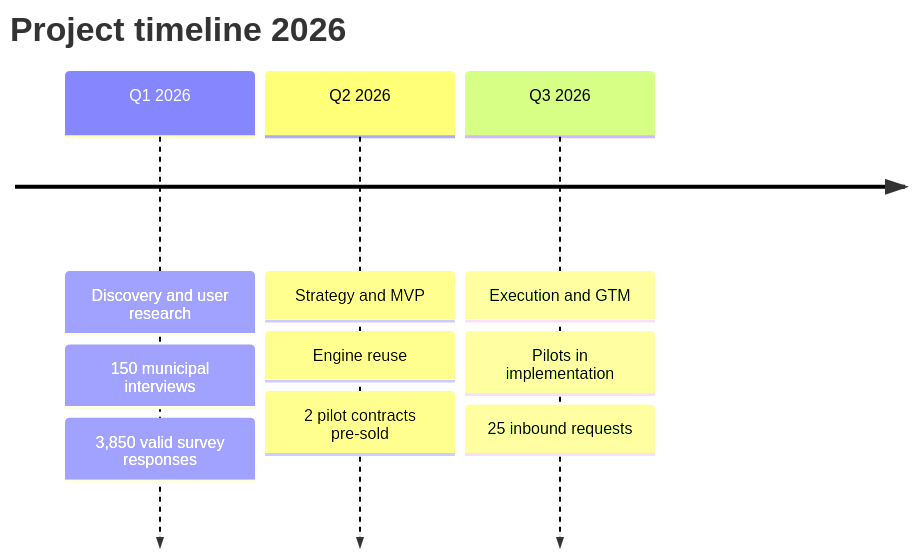
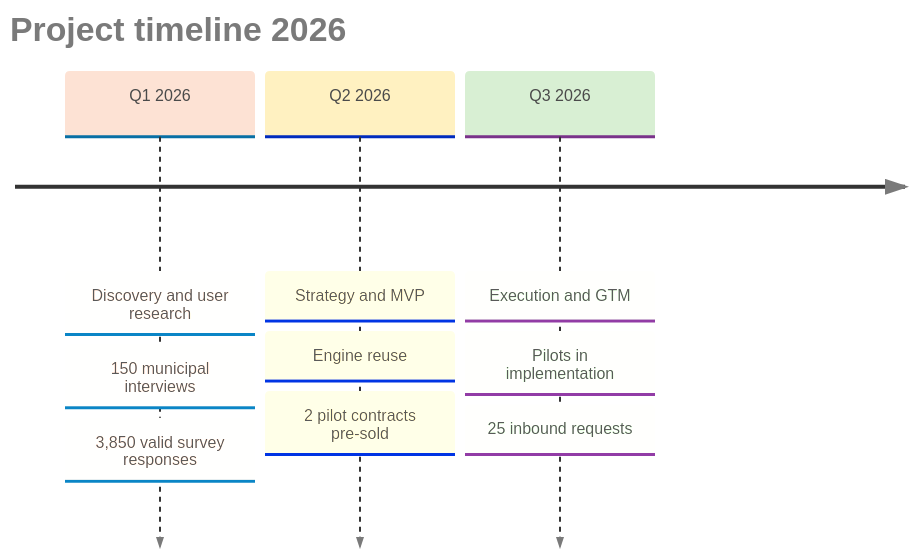
One commit to VictorFMR/pm-case-studies changed the first of 5 diagrams in b2b2c-pivot-case-study.md. Above: the diagram before and after it, drawn with Mermaid. The commit also changed other lines of this file, not shown here.

````diff
--- a/b2b2c-pivot-case-study.md
+++ b/b2b2c-pivot-case-study.md
@@ -19,7 +19,8 @@
 ```mermaid
+%%{init: {'theme':'base','themeVariables':{'cScale0':'#FDE2D4','cScale1':'#FFF1C1','cScale2':'#D8EFD3','cScaleLabel0':'#4A4A4A','cScaleLabel1':'#4A4A4A','cScaleLabel2':'#4A4A4A','textColor':'#7A7A7A','lineColor':'#C9B8D9'}}}%%
 timeline
     title Project timeline 2026
     Q1 2026 : Discovery and user research : 150 municipal interviews : 3,850 valid survey responses
     Q2 2026 : Strategy and MVP : Engine reuse : 2 pilot contracts pre-sold
     Q3 2026 : Execution and GTM : Pilots in implementation : 25 inbound requests
 ```
````
